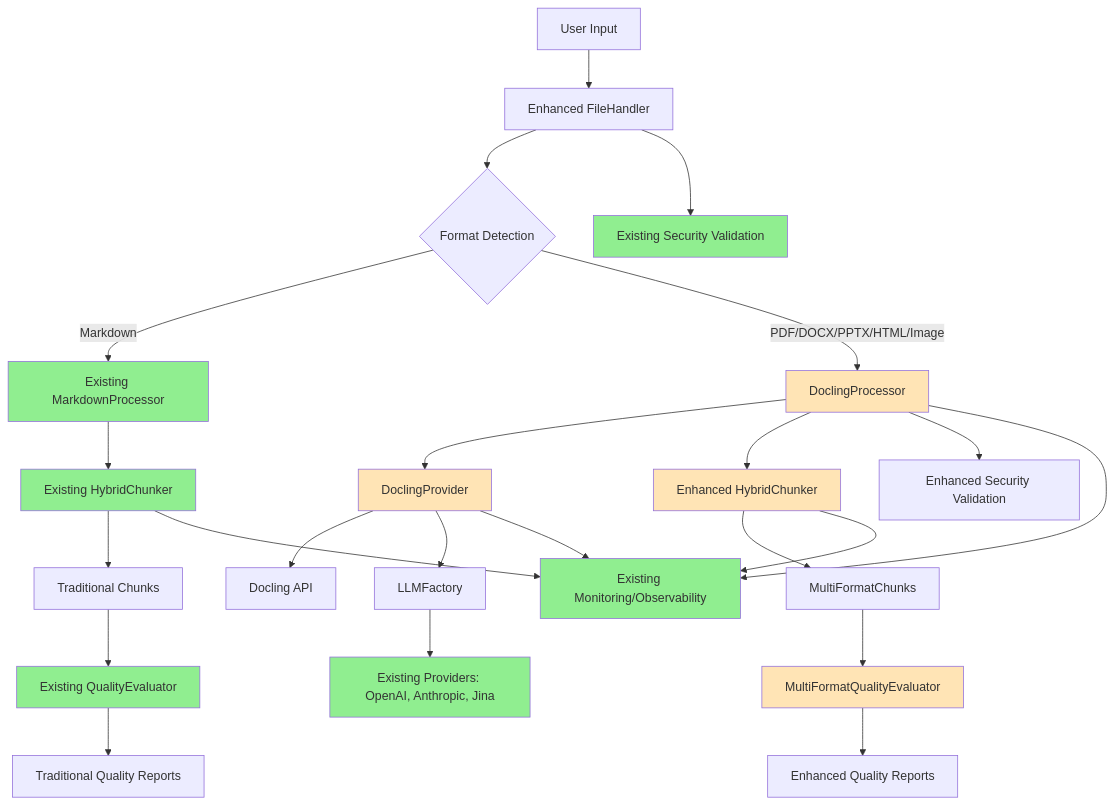
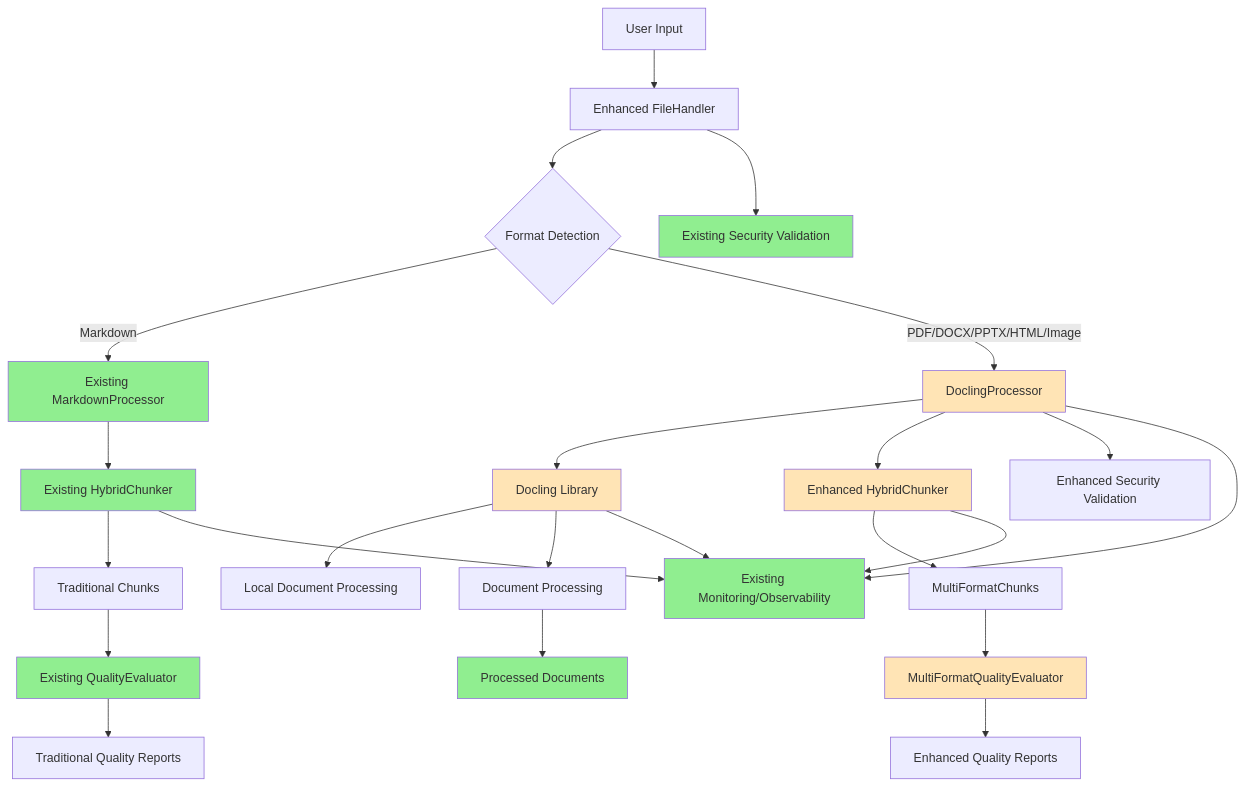
The diagram in docs/architecture.md (ai-rio/chuncking-system), drawn with Mermaid before and after one commit. The commit also changed other lines of this file and 30 other files, not shown here.

First line of the commit message:
feat(docling): integrate open-source docling library for local document processing

````diff
--- a/docs/architecture.md
+++ b/docs/architecture.md
@@ -233,44 +233,44 @@
 ```mermaid
 graph TD
     A[User Input] --> B[Enhanced FileHandler]
     B --> C{Format Detection}
     C -->|Markdown| D[Existing MarkdownProcessor]
     C -->|PDF/DOCX/PPTX/HTML/Image| E[DoclingProcessor]
     
-    E --> F[DoclingProvider]
-    F --> G[Docling API]
+    E --> F[Docling Library]
+    F --> G[Local Document Processing]
     
     D --> H[Existing HybridChunker]
     E --> I[Enhanced HybridChunker]
     
     H --> J[Traditional Chunks]
     I --> K[MultiFormatChunks]
     
     J --> L[Existing QualityEvaluator]
     K --> M[MultiFormatQualityEvaluator]
     
     L --> N[Traditional Quality Reports]
     M --> O[Enhanced Quality Reports]
     
-    F --> P[LLMFactory]
-    P --> Q[Existing Providers: OpenAI, Anthropic, Jina]
+    F --> P[Document Processing]
+    P --> Q[Processed Documents]
     
     B --> R[Existing Security Validation]
     E --> S[Enhanced Security Validation]
     
     H --> T[Existing Monitoring/Observability]
     I --> T
     E --> T
     F --> T
     
     style D fill:#90EE90
     style H fill:#90EE90
     style L fill:#90EE90
     style Q fill:#90EE90
     style R fill:#90EE90
     style T fill:#90EE90
     style E fill:#FFE4B5
     style F fill:#FFE4B5
     style I fill:#FFE4B5
     style M fill:#FFE4B5
 ```
````
